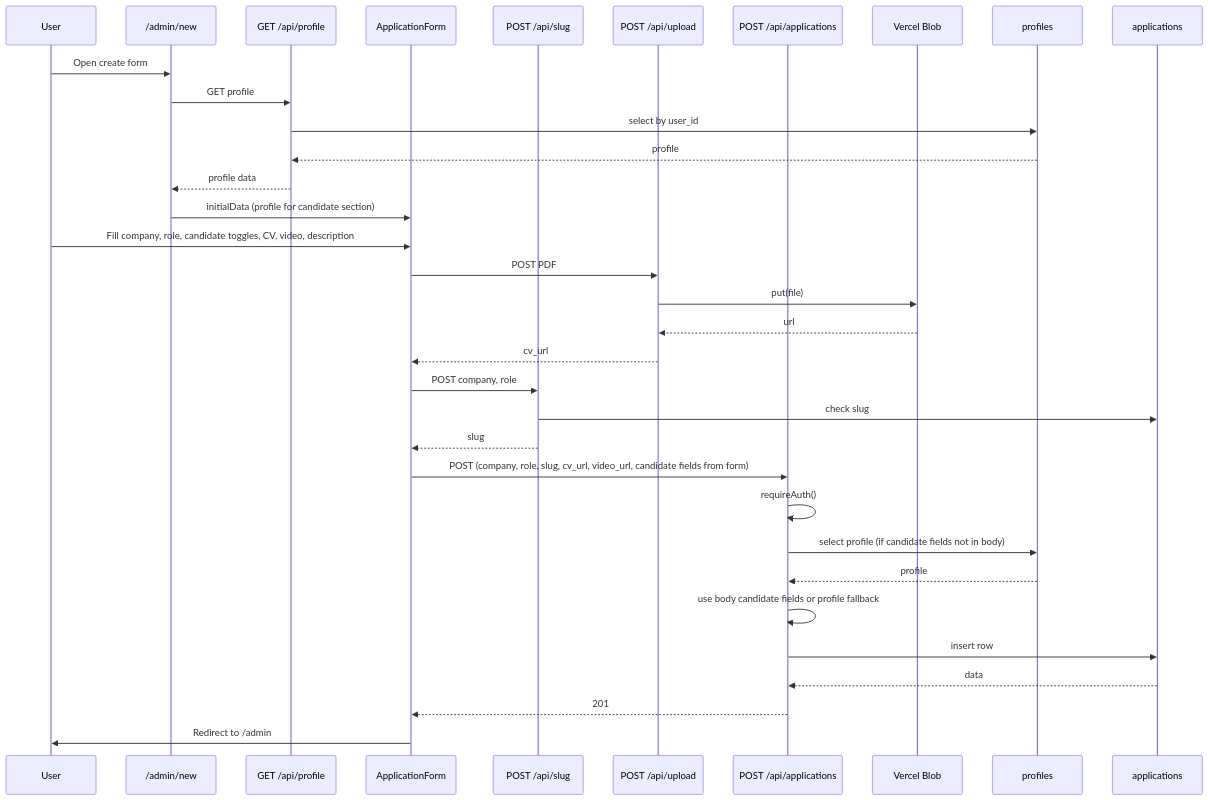
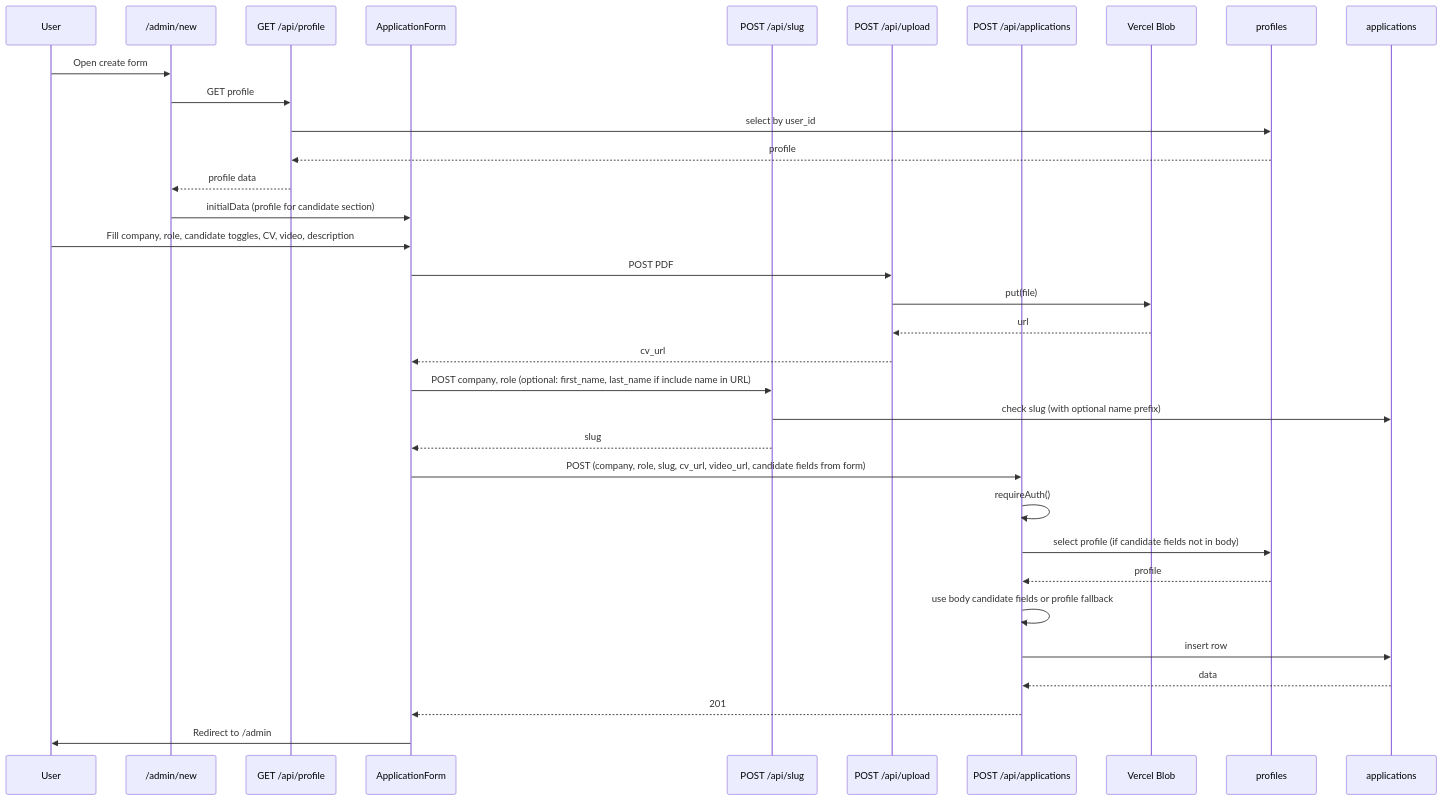
Before and after one commit to joan-gerard/my-hire-view: the fourth of 6 diagrams in docs/DATA_FLOW.md, drawn with Mermaid. The commit also changed other lines of this file and 14 other files, not shown here.

Commit message:
feat: name in slug — choose None, At start, or At end

````diff
--- a/docs/DATA_FLOW.md
+++ b/docs/DATA_FLOW.md
@@ -109,38 +109,38 @@
 ```mermaid
 sequenceDiagram
   participant U as User
   participant NewPage as /admin/new
   participant ProfileAPI as GET /api/profile
   participant Form as ApplicationForm
   participant SlugAPI as POST /api/slug
   participant UploadAPI as POST /api/upload
   participant AppsAPI as POST /api/applications
   participant Blob as Vercel Blob
   participant Profiles as profiles
   participant Applications as applications
 
   U->>NewPage: Open create form
   NewPage->>ProfileAPI: GET profile
   ProfileAPI->>Profiles: select by user_id
   Profiles-->>ProfileAPI: profile
   ProfileAPI-->>NewPage: profile data
   NewPage->>Form: initialData (profile for candidate section)
 
   U->>Form: Fill company, role, candidate toggles, CV, video, description
   Form->>UploadAPI: POST PDF
   UploadAPI->>Blob: put(file)
   Blob-->>UploadAPI: url
   UploadAPI-->>Form: cv_url
-  Form->>SlugAPI: POST company, role
-  SlugAPI->>Applications: check slug
+  Form->>SlugAPI: POST company, role (optional: first_name, last_name if include name in URL)
+  SlugAPI->>Applications: check slug (with optional name prefix)
   SlugAPI-->>Form: slug
   Form->>AppsAPI: POST (company, role, slug, cv_url, video_url, candidate fields from form)
   AppsAPI->>AppsAPI: requireAuth()
   AppsAPI->>Profiles: select profile (if candidate fields not in body)
   Profiles-->>AppsAPI: profile
   AppsAPI->>AppsAPI: use body candidate fields or profile fallback
   AppsAPI->>Applications: insert row
   Applications-->>AppsAPI: data
   AppsAPI-->>Form: 201
   Form->>U: Redirect to /admin
 ```
````
